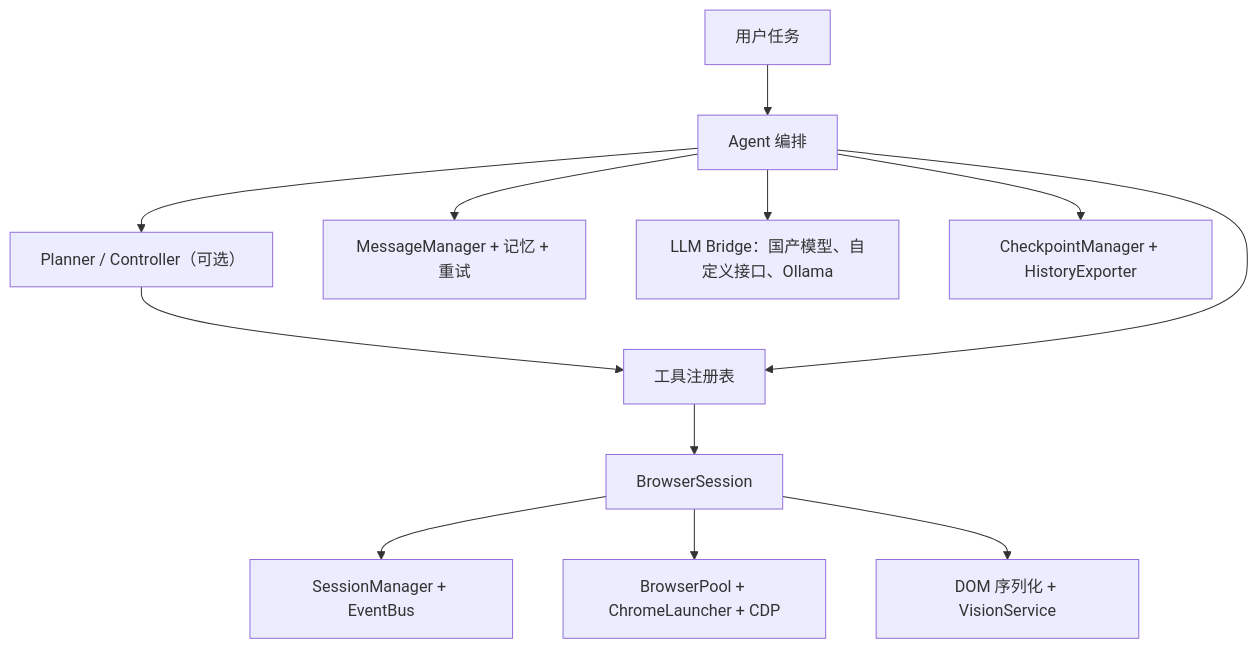
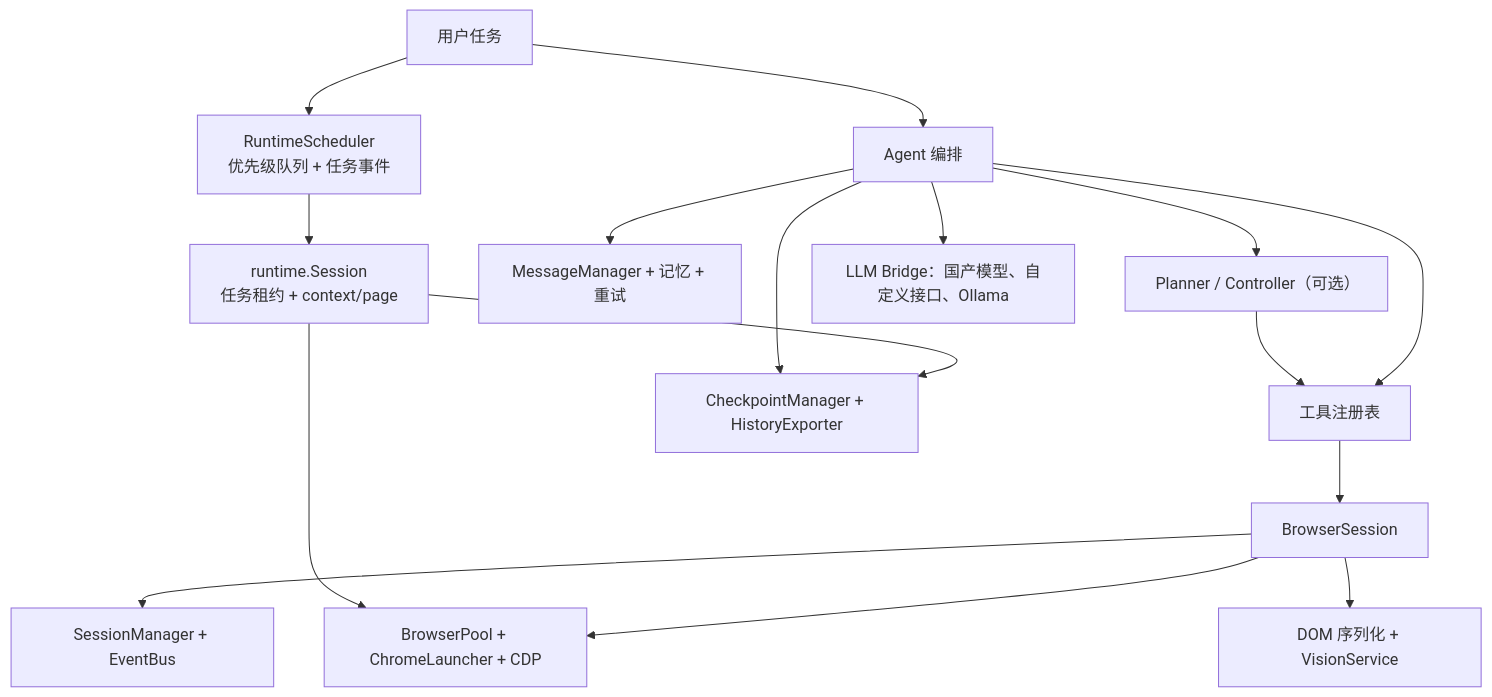
The second of 2 diagrams in README.md (YuSec2021/browser-use-bridge), drawn with Mermaid before and after one commit. The commit also changed other lines of this file and 7 other files, not shown here.

````diff
--- a/README.md
+++ b/README.md
@@ -313,14 +383,18 @@
 ```mermaid
 flowchart TD
   Task["用户任务"] --> Agent["Agent 编排"]
   Agent --> Planner["Planner / Controller（可选）"]
   Agent --> State["MessageManager + 记忆 + 重试"]
   Planner --> Tools["工具注册表"]
   Agent --> Tools
-  Tools --> Session["BrowserSession"]
-  Session --> Tabs["SessionManager + EventBus"]
-  Session --> Runtime["BrowserPool + ChromeLauncher + CDP"]
-  Session --> Perception["DOM 序列化 + VisionService"]
+  Task --> Scheduler["RuntimeScheduler<br/>优先级队列 + 任务事件"]
+  Scheduler --> RuntimeSession["runtime.Session<br/>任务租约 + context/page"]
+  Tools --> BrowserSession["BrowserSession"]
+  BrowserSession --> Tabs["SessionManager + EventBus"]
+  RuntimeSession --> Pool["BrowserPool + ChromeLauncher + CDP"]
+  BrowserSession --> Pool
+  BrowserSession --> Perception["DOM 序列化 + VisionService"]
   Agent --> LLM["LLM Bridge：国产模型、自定义接口、Ollama"]
   Agent --> Persistence["CheckpointManager + HistoryExporter"]
+  RuntimeSession --> Persistence
 ```
````
